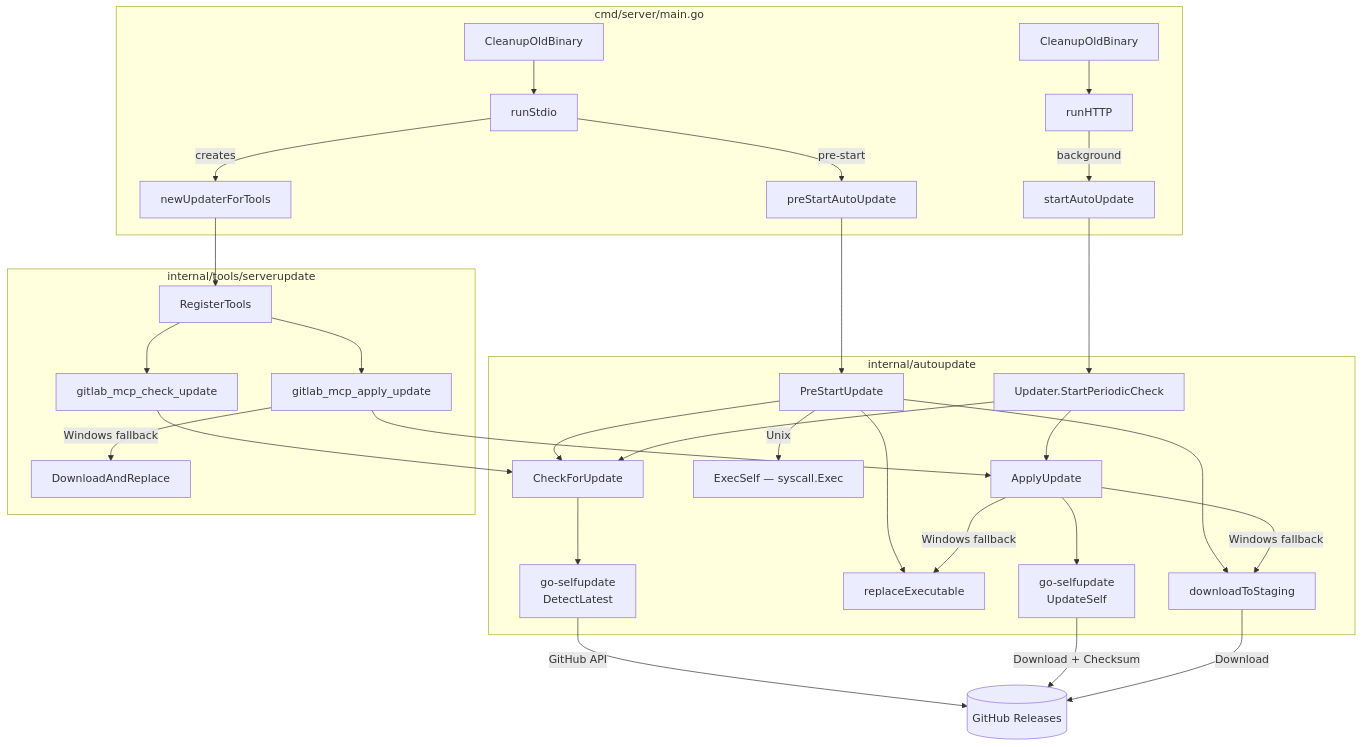
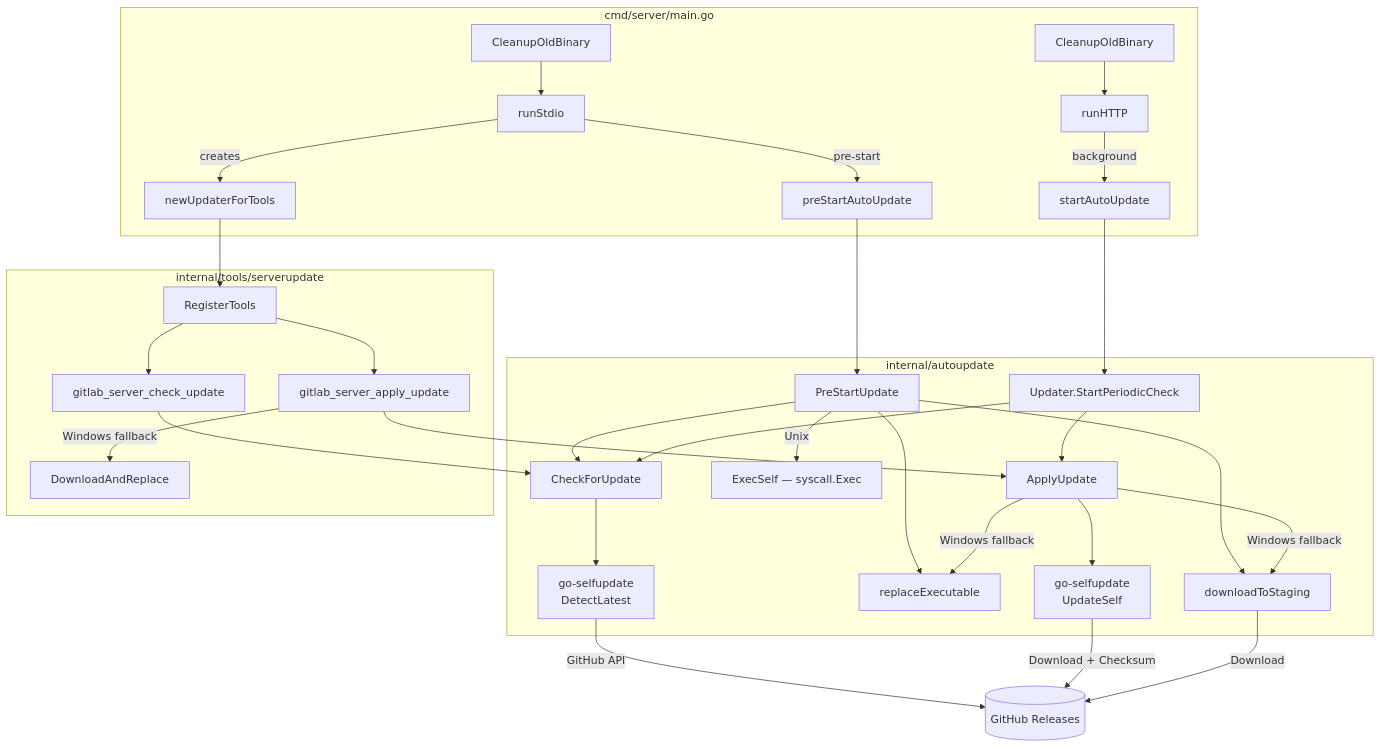
The second of 2 diagrams in docs/auto-update.md (jmrplens/gitlab-mcp-server), drawn with Mermaid before and after one commit. The commit also changed other lines of this file and 84 other files, not shown here.

````diff
--- a/docs/auto-update.md
+++ b/docs/auto-update.md
@@ -246,38 +246,38 @@
 ```mermaid
 graph TD
     subgraph "cmd/server/main.go"
         A0[CleanupOldBinary] --> A
         A[runStdio] -->|pre-start| B[preStartAutoUpdate]
         A -->|creates| C[newUpdaterForTools]
         D0[CleanupOldBinary] --> D
         D[runHTTP] -->|background| E[startAutoUpdate]
     end
 
     subgraph "internal/autoupdate"
         B --> F[PreStartUpdate]
         F --> H[CheckForUpdate]
         F --> P[downloadToStaging]
         F --> Q[replaceExecutable]
         F -->|Unix| R[ExecSelf — syscall.Exec]
         E --> G[Updater.StartPeriodicCheck]
         G --> H
         G --> I[ApplyUpdate]
         H --> J[go-selfupdate<br/>DetectLatest]
         I --> K[go-selfupdate<br/>UpdateSelf]
         I -->|Windows fallback| P
         I -->|Windows fallback| Q
     end
 
     subgraph "internal/tools/serverupdate"
         C --> L[RegisterTools]
-        L --> M[gitlab_mcp_check_update]
-        L --> N[gitlab_mcp_apply_update]
+        L --> M[gitlab_server_check_update]
+        L --> N[gitlab_server_apply_update]
         M --> H
         N --> I
         N -->|Windows fallback| S[DownloadAndReplace]
     end
 
     J -->|GitHub API| O[(GitHub Releases)]
     K -->|Download + Checksum| O
     P -->|Download| O
 ```
````
